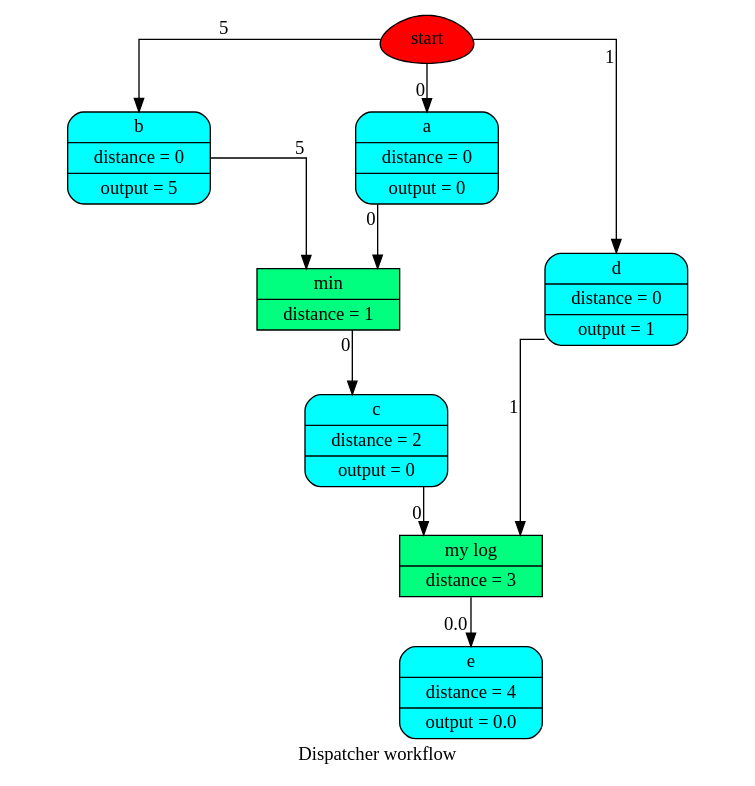
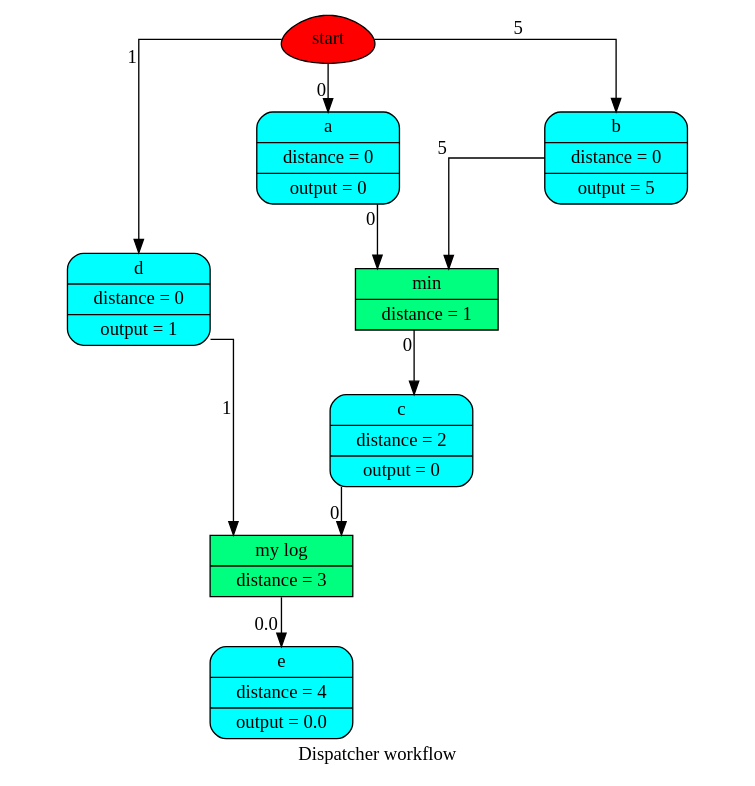
One commit to vinci1it2000/schedula changed the diagram in doc/source/dispatcher/__init__/dispatch/wf1.dot. Above: the diagram before and after it, drawn with Graphviz. The commit also changed 23 other files, not shown here.

```diff
--- a/doc/source/dispatcher/__init__/dispatch/wf1.dot
+++ b/doc/source/dispatcher/__init__/dispatch/wf1.dot
@@ -1,23 +1,23 @@
 digraph Dispatcher {
 	graph [ratio=1]
 	node [style=filled]
 	label = "Dispatcher workflow"
 	splines = ortho
-		Dispatcher_4373639600 [label=start fillcolor=red shape=egg]
-		Dispatcher_7224607962633671560 [label="{ b | distance = 0 | output = 5 }" fillcolor=cyan shape=Mrecord]
-		Dispatcher_6900719114362863374 [label="{ c | distance = 2 | output = 0 }" fillcolor=cyan shape=Mrecord]
-		"Dispatcher_-1353340929889452664" [label="{ a | distance = 0 | output = 0 }" fillcolor=cyan shape=Mrecord]
-		Dispatcher_4732348619466872361 [label="{ e | distance = 4 | output = 0.0 }" fillcolor=cyan shape=Mrecord]
-		"Dispatcher_-1070141039410377572" [label="{ my log | distance = 3 }" fillcolor=springgreen shape=record]
-		"Dispatcher_-64976796429837218" [label="{ min | distance = 1 }" fillcolor=springgreen shape=record]
-		"Dispatcher_-5912537819166218321" [label="{ d | distance = 0 | output = 1 }" fillcolor=cyan shape=Mrecord]
-			Dispatcher_4373639600 -> "Dispatcher_-1353340929889452664" [xlabel=0]
-			Dispatcher_4373639600 -> Dispatcher_7224607962633671560 [xlabel=5]
-			Dispatcher_4373639600 -> "Dispatcher_-5912537819166218321" [xlabel=1]
-			Dispatcher_7224607962633671560 -> "Dispatcher_-64976796429837218" [xlabel=5]
-			Dispatcher_6900719114362863374 -> "Dispatcher_-1070141039410377572" [xlabel=0]
-			"Dispatcher_-1353340929889452664" -> "Dispatcher_-64976796429837218" [xlabel=0]
-			"Dispatcher_-1070141039410377572" -> Dispatcher_4732348619466872361 [xlabel=0.0]
-			"Dispatcher_-64976796429837218" -> Dispatcher_6900719114362863374 [xlabel=0]
-			"Dispatcher_-5912537819166218321" -> "Dispatcher_-1070141039410377572" [xlabel=1]
+		Dispatcher_4373713328 [label=start fillcolor=red shape=egg]
+		Dispatcher_7813220925901612792 [label="{ c | distance = 2 | output = 0 }" fillcolor=cyan shape=Mrecord]
+		"Dispatcher_-6038867426217595374" [label="{ d | distance = 0 | output = 1 }" fillcolor=cyan shape=Mrecord]
+		"Dispatcher_-2767360981463560080" [label="{ e | distance = 4 | output = 0.0 }" fillcolor=cyan shape=Mrecord]
+		"Dispatcher_-6776210645888712586" [label="{ a | distance = 0 | output = 0 }" fillcolor=cyan shape=Mrecord]
+		Dispatcher_3634755706586891528 [label="{ b | distance = 0 | output = 5 }" fillcolor=cyan shape=Mrecord]
+		Dispatcher_1837914437199687209 [label="{ my log | distance = 3 }" fillcolor=springgreen shape=record]
+		Dispatcher_6095593865617532491 [label="{ min | distance = 1 }" fillcolor=springgreen shape=record]
+			Dispatcher_4373713328 -> Dispatcher_3634755706586891528 [xlabel=5]
+			Dispatcher_4373713328 -> "Dispatcher_-6038867426217595374" [xlabel=1]
+			Dispatcher_4373713328 -> "Dispatcher_-6776210645888712586" [xlabel=0]
+			Dispatcher_7813220925901612792 -> Dispatcher_1837914437199687209 [xlabel=0]
+			"Dispatcher_-6038867426217595374" -> Dispatcher_1837914437199687209 [xlabel=1]
+			"Dispatcher_-6776210645888712586" -> Dispatcher_6095593865617532491 [xlabel=0]
+			Dispatcher_3634755706586891528 -> Dispatcher_6095593865617532491 [xlabel=5]
+			Dispatcher_1837914437199687209 -> "Dispatcher_-2767360981463560080" [xlabel=0.0]
+			Dispatcher_6095593865617532491 -> Dispatcher_7813220925901612792 [xlabel=0]
 }
```
